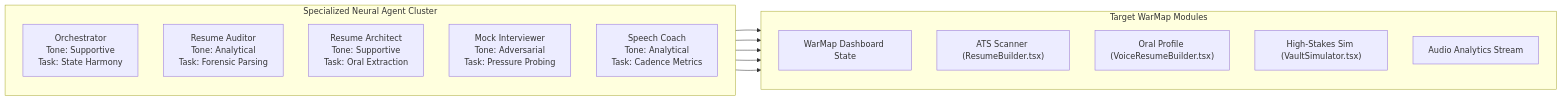
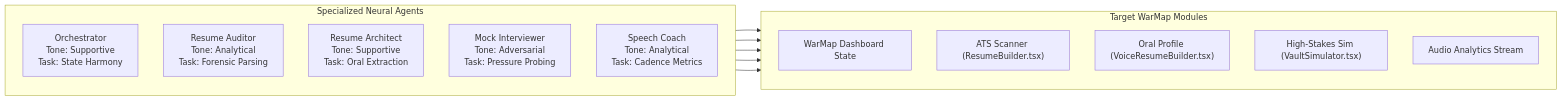
One commit to yashkoparde/Awaken.ai changed the second of 8 diagrams in README.md. Above: the diagram before and after it, drawn with Mermaid. The commit also changed other lines of this file, not shown here.

Commit message:
docs: embed vector ATS scoring weight gauge and mathematical calibration equations

````diff
--- a/README.md
+++ b/README.md
@@ -79,26 +79,26 @@
 ```mermaid
 graph LR
-    subgraph Agent_Cluster["Specialized Neural Agent Cluster"]
+    subgraph Agent_Cluster["Specialized Neural Agents"]
         direction TB
         A1["Orchestrator<br/>Tone: Supportive<br/>Task: State Harmony"]
         A2["Resume Auditor<br/>Tone: Analytical<br/>Task: Forensic Parsing"]
         A3["Resume Architect<br/>Tone: Supportive<br/>Task: Oral Extraction"]
         A4["Mock Interviewer<br/>Tone: Adversarial<br/>Task: Pressure Probing"]
         A5["Speech Coach<br/>Tone: Analytical<br/>Task: Cadence Metrics"]
     end
 
     subgraph Module_Target["Target WarMap Modules"]
         direction TB
         T1["WarMap Dashboard State"]
         T2["ATS Scanner (ResumeBuilder.tsx)"]
         T3["Oral Profile (VoiceResumeBuilder.tsx)"]
         T4["High-Stakes Sim (VaultSimulator.tsx)"]
         T5["Audio Analytics Stream"]
     end
 
     A1 --> T1
     A2 --> T2
     A3 --> T3
     A4 --> T4
     A5 --> T5
 ```
````
